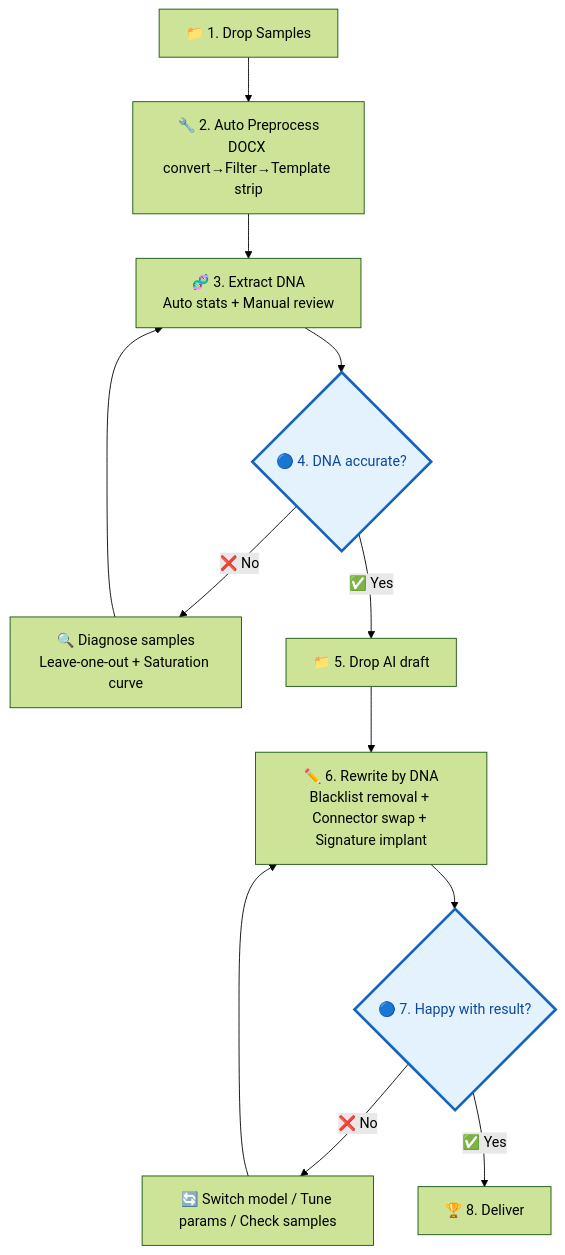
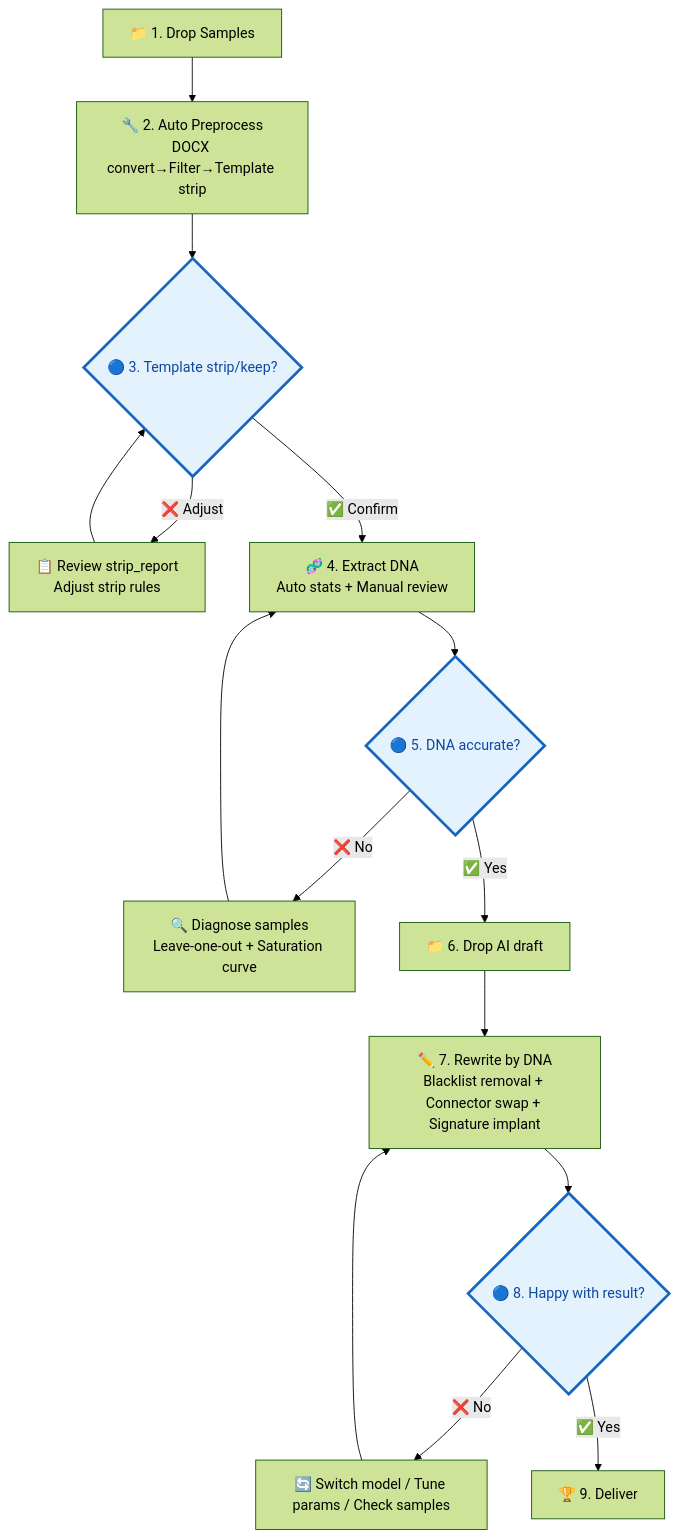
One commit to dvdxfv/skill-writing-dna changed the diagram in README_EN.md. Above: the diagram before and after it, drawn with Mermaid (forest theme). The commit also changed 1 other file, not shown here.

Commit message:
docs: 修复mermaid流程图，补全第3个停等点（模板剥留确认）

````diff
--- a/README_EN.md
+++ b/README_EN.md
@@ -49,17 +49,21 @@
 ```mermaid
 flowchart TD
     A["📁 1. Drop Samples"] --> B["🔧 2. Auto Preprocess<br/>DOCX convert→Filter→Template strip"]
-    B --> C["🧬 3. Extract DNA<br/>Auto stats + Manual review"]
-    C --> D{"🔵 4. DNA accurate?"}
-    D -->|❌ No| E["🔍 Diagnose samples<br/>Leave-one-out + Saturation curve"]
-    E --> C
-    D -->|✅ Yes| F["📁 5. Drop AI draft"]
-    F --> G["✏️ 6. Rewrite by DNA<br/>Blacklist removal + Connector swap + Signature implant"]
-    G --> H{"🔵 7. Happy with result?"}
+    B --> C{"🔵 3. Template strip/keep?"}
+    C -->|❌ Adjust| B1["📋 Review strip_report<br/>Adjust strip rules"]
+    B1 --> C
+    C -->|✅ Confirm| D["🧬 4. Extract DNA<br/>Auto stats + Manual review"]
+    D --> E{"🔵 5. DNA accurate?"}
+    E -->|❌ No| E1["🔍 Diagnose samples<br/>Leave-one-out + Saturation curve"]
+    E1 --> D
+    E -->|✅ Yes| F["📁 6. Drop AI draft"]
+    F --> G["✏️ 7. Rewrite by DNA<br/>Blacklist removal + Connector swap + Signature implant"]
+    G --> H{"🔵 8. Happy with result?"}
     H -->|❌ No| I["🔄 Switch model / Tune params / Check samples"]
     I --> G
-    H -->|✅ Yes| J["🏆 8. Deliver"]
+    H -->|✅ Yes| J["🏆 9. Deliver"]
 
-    style D fill:#e3f2fd,stroke:#1565c0,stroke-width:3px,color:#0d47a1
+    style C fill:#e3f2fd,stroke:#1565c0,stroke-width:3px,color:#0d47a1
+    style E fill:#e3f2fd,stroke:#1565c0,stroke-width:3px,color:#0d47a1
     style H fill:#e3f2fd,stroke:#1565c0,stroke-width:3px,color:#0d47a1
 ```
````
